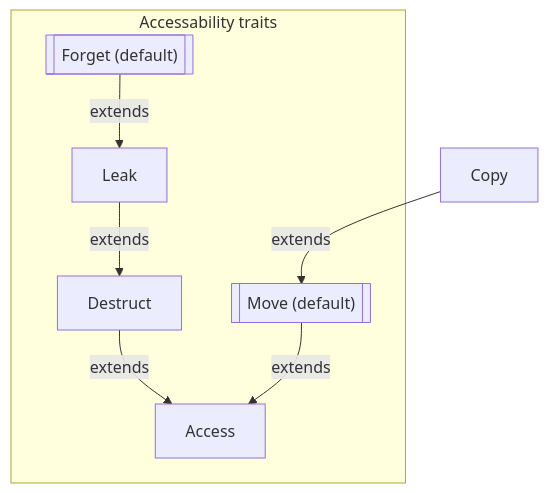
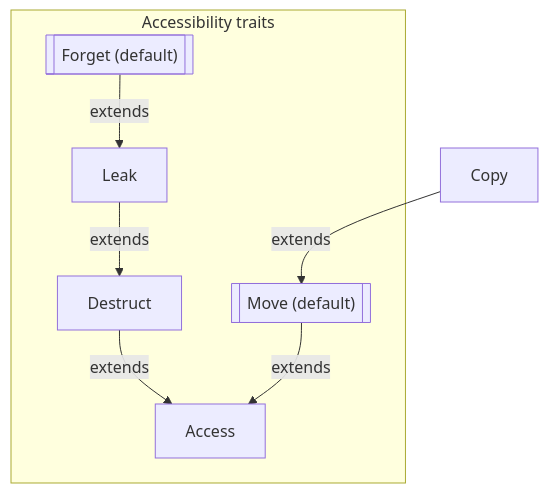
Before and after one commit to nikomatsakis/babysteps: the second of 3 diagrams in content/blog/2026-06-09-only-bounds.markdown, drawn with Mermaid. The commit also changed other lines of this file, not shown here.

````diff
--- a/content/blog/2026-06-09-only-bounds.markdown
+++ b/content/blog/2026-06-09-only-bounds.markdown
@@ -141,10 +141,10 @@
 ```mermaid
 flowchart TD
-  subgraph A["Accessability traits"]
+  subgraph A["Accessibility traits"]
       Forget[["Forget (default)"]] -- extends --> Leak
       Leak -- extends --> Destruct
       Destruct -- extends --> Access
       Move[["Move (default)"]] -- extends --> Access
   end
   Copy -- extends --> Move
 ```
````
